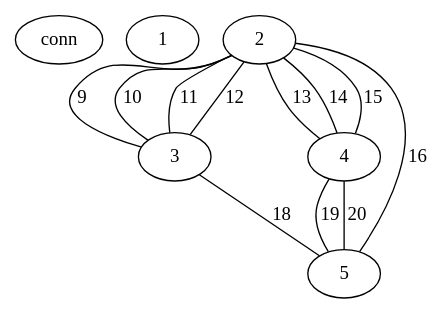
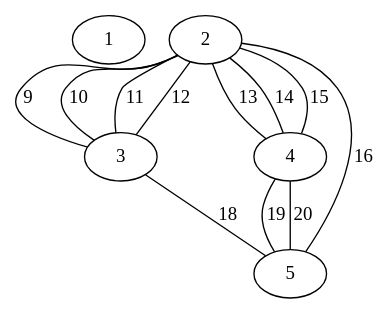
One commit to cawasret13/flita changed the diagram in dz3/res.gv. Above: the diagram before and after it, drawn with Graphviz. The commit also changed 2 other files, not shown here.

```diff
--- a/dz3/res.gv
+++ b/dz3/res.gv
@@ -1,28 +1,27 @@
-graph conn {
-conn; 
+graph no_conn {
 1
 2
 3
 4
 5
 
 2
 2
 4
 5
 5
 5
 2
 2 -- 3 [label = 9]
 2 -- 3 [label = 10]
 2 -- 3 [label = 11]
 2 -- 3 [label = 12]
 2 -- 4 [label = 13]
 2 -- 4 [label = 14]
 2 -- 4 [label = 15]
 2 -- 5 [label = 16]
 3
 3 -- 5 [label = 18]
 4 -- 5 [label = 19]
 4 -- 5 [label = 20]
 }
```
